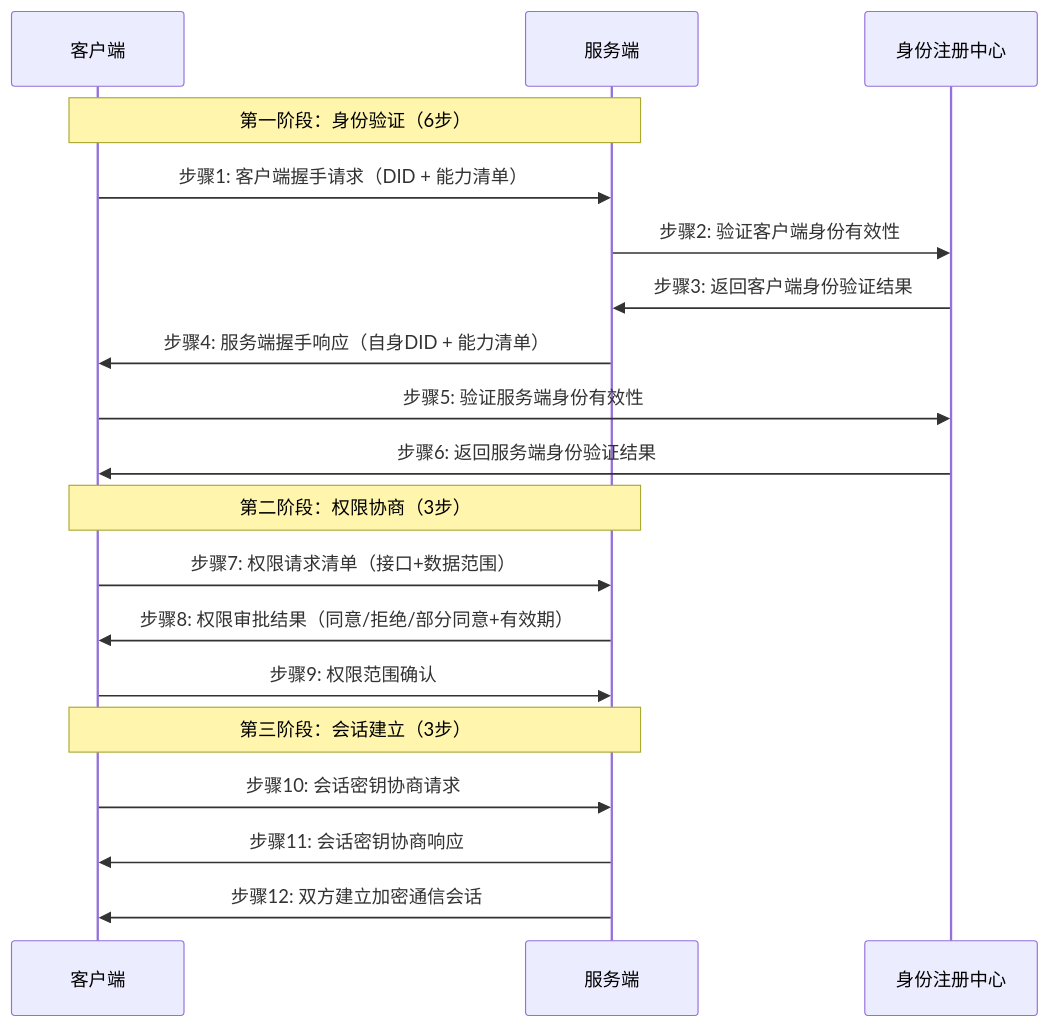
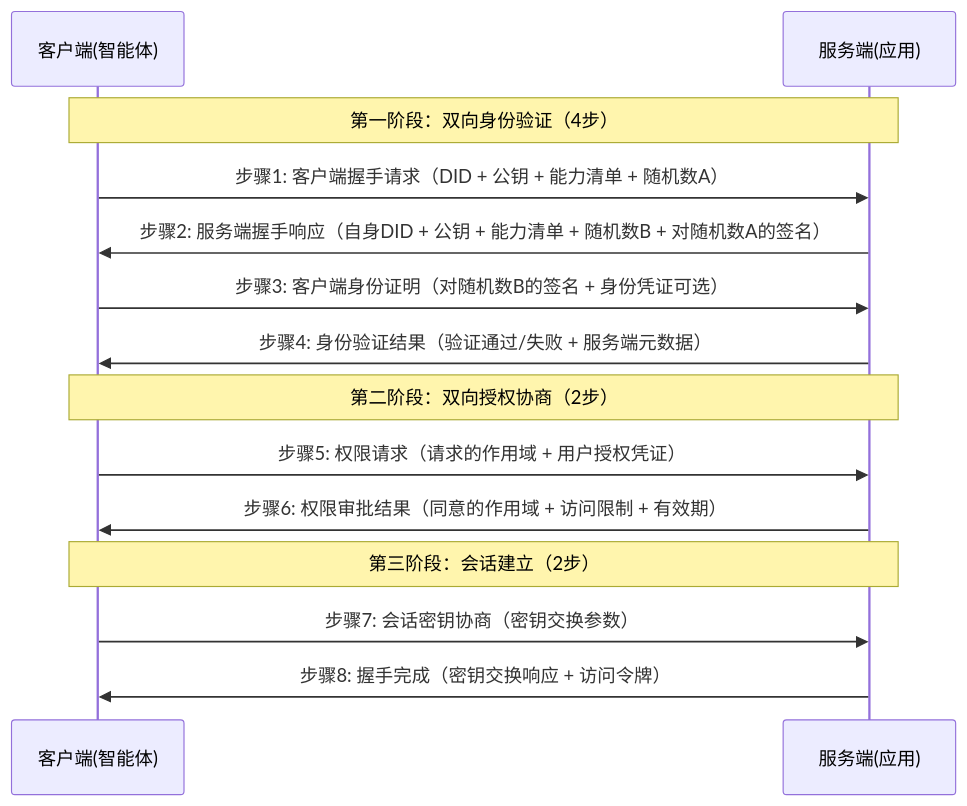
One commit to ath-protocol/agent-trust-handshake-protocol changed the diagram in README.md. Above: the diagram before and after it, drawn with Mermaid. The commit also changed other lines of this file, not shown here.

Commit message:
docs: update README to decentralized 8-step handshake flow without registry

````diff
--- a/README.md
+++ b/README.md
@@ -74,24 +84,19 @@
 ```mermaid
 sequenceDiagram
-    participant C as 客户端
-    participant S as 服务端
-    participant R as 身份注册中心
+    participant C as 客户端(智能体)
+    participant S as 服务端(应用)
     
-    Note over C,S: 第一阶段：身份验证（6步）
-    C->>S: 步骤1: 客户端握手请求（DID + 能力清单）
-    S->>R: 步骤2: 验证客户端身份有效性
-    R->>S: 步骤3: 返回客户端身份验证结果
-    S->>C: 步骤4: 服务端握手响应（自身DID + 能力清单）
-    C->>R: 步骤5: 验证服务端身份有效性
-    R->>C: 步骤6: 返回服务端身份验证结果
+    Note over C,S: 第一阶段：双向身份验证（4步）
+    C->>S: 步骤1: 客户端握手请求（DID + 公钥 + 能力清单 + 随机数A）
+    S->>C: 步骤2: 服务端握手响应（自身DID + 公钥 + 能力清单 + 随机数B + 对随机数A的签名）
+    C->>S: 步骤3: 客户端身份证明（对随机数B的签名 + 身份凭证可选）
+    S->>C: 步骤4: 身份验证结果（验证通过/失败 + 服务端元数据）
     
-    Note over C,S: 第二阶段：权限协商（3步）
-    C->>S: 步骤7: 权限请求清单（接口+数据范围）
-    S->>C: 步骤8: 权限审批结果（同意/拒绝/部分同意+有效期）
-    C->>S: 步骤9: 权限范围确认
+    Note over C,S: 第二阶段：双向授权协商（2步）
+    C->>S: 步骤5: 权限请求（请求的作用域 + 用户授权凭证）
+    S->>C: 步骤6: 权限审批结果（同意的作用域 + 访问限制 + 有效期）
     
-    Note over C,S: 第三阶段：会话建立（3步）
-    C->>S: 步骤10: 会话密钥协商请求
-    S->>C: 步骤11: 会话密钥协商响应
-    S->>C: 步骤12: 双方建立加密通信会话
+    Note over C,S: 第三阶段：会话建立（2步）
+    C->>S: 步骤7: 会话密钥协商（密钥交换参数）
+    S->>C: 步骤8: 握手完成（密钥交换响应 + 访问令牌）
 ```
````
